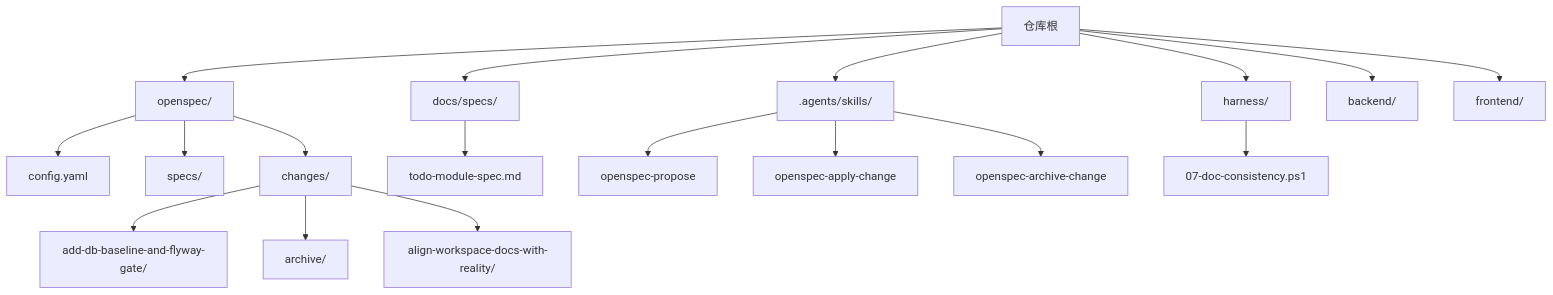
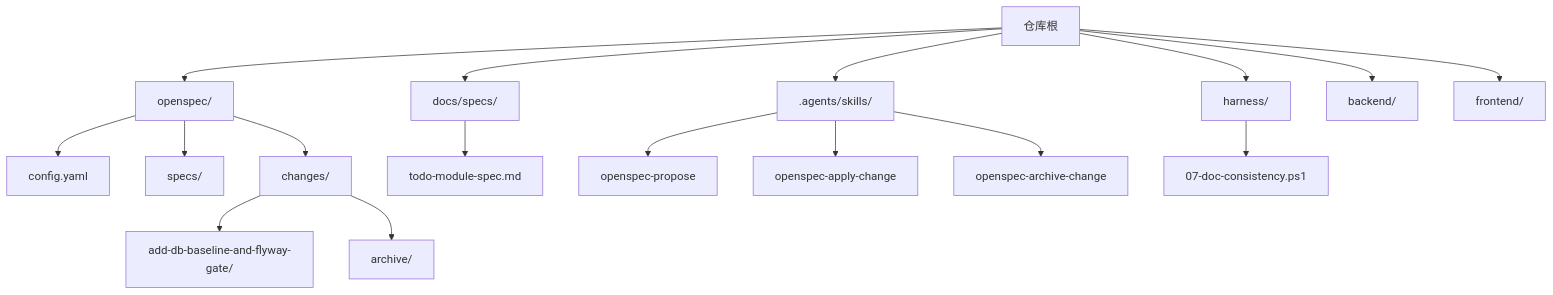
The first of 9 diagrams in .qoder/repowiki/zh/content/规格驱动开发/规格驱动开发.md (luyitiger6/my-first-project), drawn with Mermaid before and after one commit. The commit also changed other lines of this file and 3 other files, not shown here.

````diff
--- a/.qoder/repowiki/zh/content/规格驱动开发/规格驱动开发.md
+++ b/.qoder/repowiki/zh/content/规格驱动开发/规格驱动开发.md
@@ -70,20 +71,19 @@
 ```mermaid
 graph TB
 A["仓库根"] --> B["openspec/"]
 A --> C["harness/"]
 A --> D[".agents/skills/"]
 A --> E["docs/specs/"]
 A --> F["backend/"]
 A --> G["frontend/"]
 B --> B1["config.yaml"]
 B --> B2["specs/"]
 B --> B3["changes/"]
 B3 --> B3a["add-db-baseline-and-flyway-gate/"]
 B3 --> B3b["archive/"]
-B3 --> B3c["align-workspace-docs-with-reality/"]
 E --> E1["todo-module-spec.md"]
 D --> D1["openspec-propose"]
 D --> D2["openspec-apply-change"]
 D --> D3["openspec-archive-change"]
 C --> C1["07-doc-consistency.ps1"]
 ```
````
